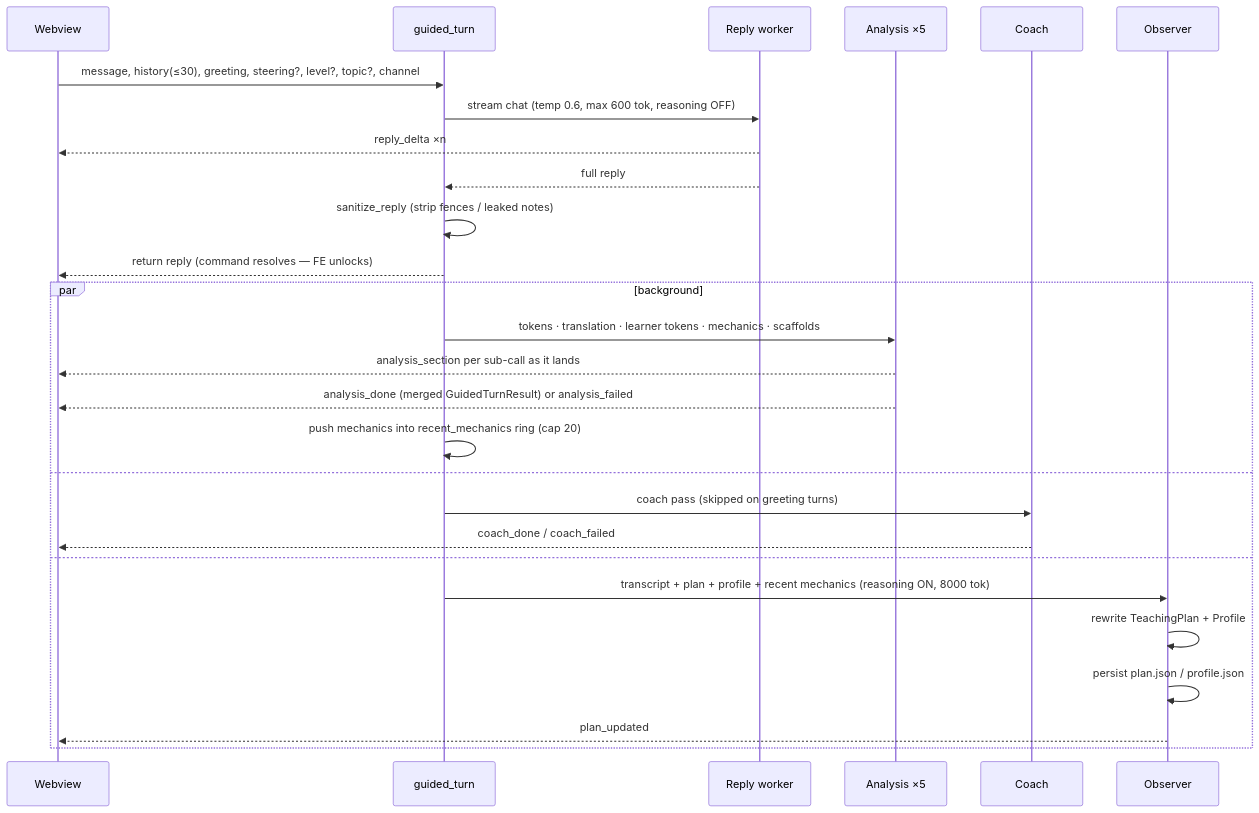
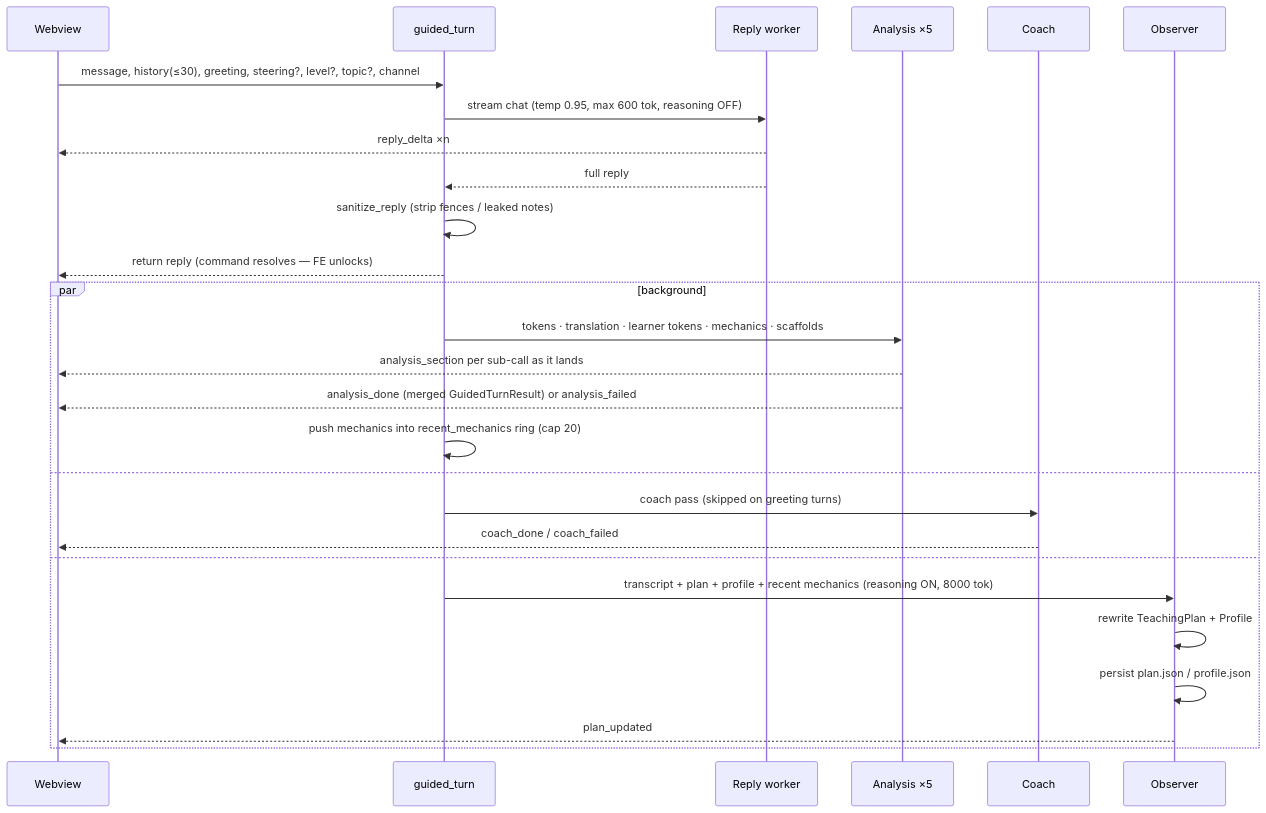
One commit to freemocap/skellyspeak changed the second of 2 diagrams in skellyspeak-docs/docs/architecture.md. Above: the diagram before and after it, drawn with Mermaid. The commit also changed other lines of this file and 56 other files, not shown here.

````diff
--- a/skellyspeak-docs/docs/architecture.md
+++ b/skellyspeak-docs/docs/architecture.md
@@ -171,30 +174,30 @@
 ```mermaid
 sequenceDiagram
     participant FE as Webview
     participant C as guided_turn
     participant R as Reply worker
     participant A as Analysis ×5
     participant K as Coach
     participant O as Observer
 
     FE->>C: message, history(≤30), greeting, steering?, level?, topic?, channel
-    C->>R: stream chat (temp 0.6, max 600 tok, reasoning OFF)
+    C->>R: stream chat (temp 0.95, max 600 tok, reasoning OFF)
     R-->>FE: reply_delta ×n
     R-->>C: full reply
     C->>C: sanitize_reply (strip fences / leaked notes)
     C-->>FE: return reply (command resolves — FE unlocks)
     par background
         C->>A: tokens · translation · learner tokens · mechanics · scaffolds
         A-->>FE: analysis_section per sub-call as it lands
         A-->>FE: analysis_done (merged GuidedTurnResult) or analysis_failed
         C->>C: push mechanics into recent_mechanics ring (cap 20)
     and
         C->>K: coach pass (skipped on greeting turns)
         K-->>FE: coach_done / coach_failed
     and
         C->>O: transcript + plan + profile + recent mechanics (reasoning ON, 8000 tok)
         O->>O: rewrite TeachingPlan + Profile
         O->>O: persist plan.json / profile.json
         O-->>FE: plan_updated
     end
 ```
````
